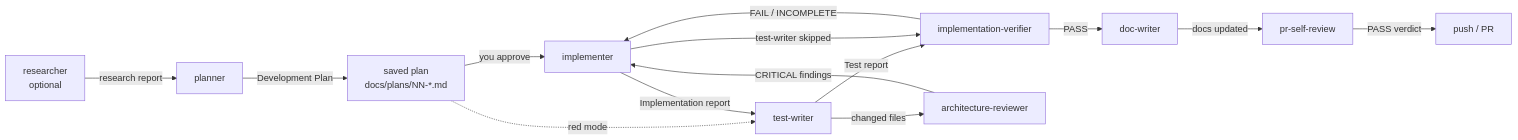
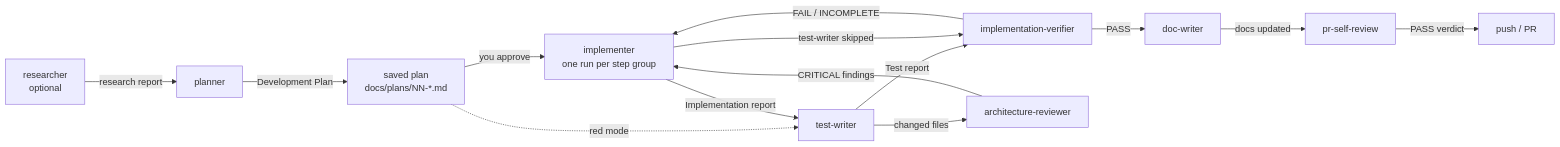
The diagram in .claude/agents/README.md (artemmmon/dev-digest), drawn with Mermaid before and after one commit. The commit also changed other lines of this file and 9 other files, not shown here.

````diff
--- a/.claude/agents/README.md
+++ b/.claude/agents/README.md
@@ -51,16 +51,16 @@
 ```mermaid
 flowchart LR
   R[researcher<br/>optional] -->|research report| P[planner]
   P -->|Development Plan| S[saved plan<br/>docs/plans/NN-*.md]
-  S -->|you approve| I[implementer]
+  S -->|you approve| I[implementer<br/>one run per step group]
   S -.->|red mode| TW[test-writer]
   I -->|Implementation report| TW
   TW -->|Test report| PV[implementation-verifier]
   TW -->|changed files| AR[architecture-reviewer]
   I -->|test-writer skipped| PV
   AR -->|CRITICAL findings| I
   PV -->|FAIL / INCOMPLETE| I
   PV -->|PASS| DW[doc-writer]
   DW -->|docs updated| SR[pr-self-review]
   SR -->|PASS verdict| PUSH[push / PR]
 ```
````
